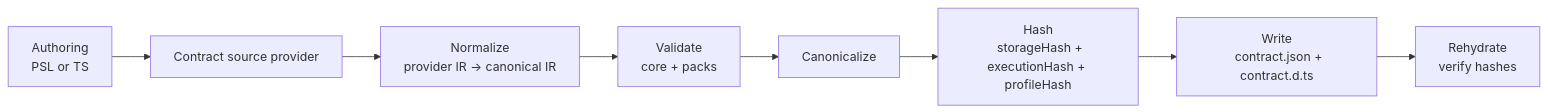
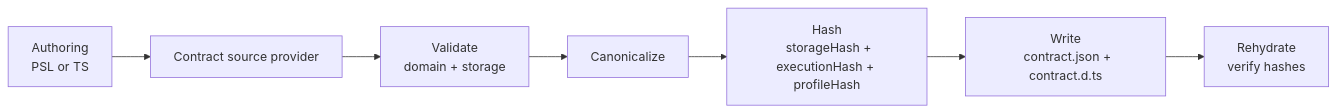
One commit to prisma/prisma-next changed the diagram in docs/architecture docs/subsystems/2. Contract Emitter & Types.md. Above: the diagram before and after it, drawn with Mermaid. The commit also changed other lines of this file, not shown here.

````diff
--- a/docs/architecture docs/subsystems/2. Contract Emitter & Types.md
+++ b/docs/architecture docs/subsystems/2. Contract Emitter & Types.md
@@ -111,16 +130,14 @@
 ```mermaid
 flowchart LR
   A[Authoring
   PSL or TS] --> S[Contract source provider]
-  S --> N[Normalize
-  provider IR → canonical IR]
-  N --> V[Validate
-  core + packs]
+  S --> V[Validate
+  domain + storage]
   V --> C[Canonicalize]
   C --> H[Hash
   storageHash + executionHash + profileHash]
   H --> W[Write
   contract.json + contract.d.ts]
   W --> R[Rehydrate
   verify hashes]
 ```
````
